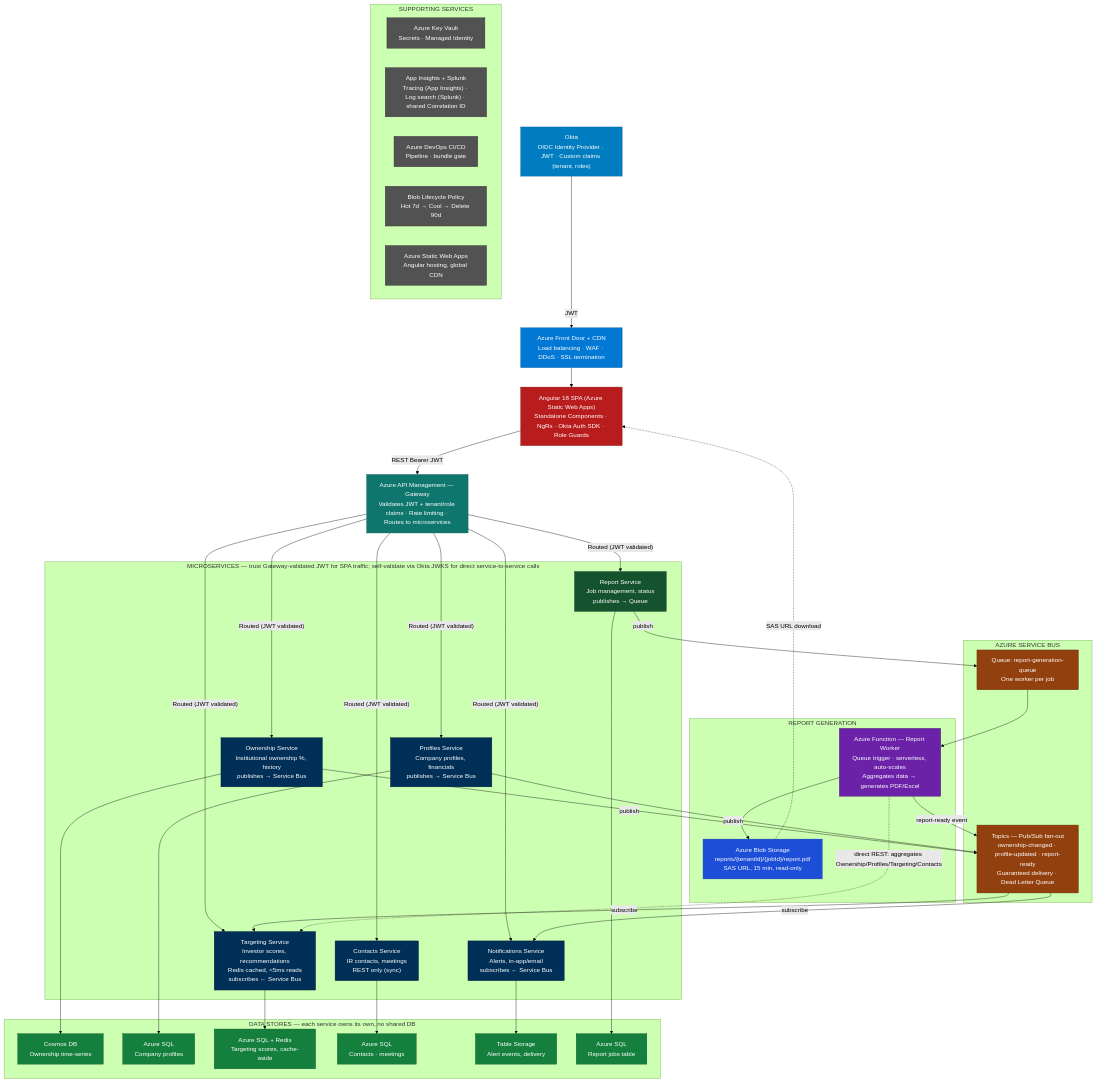
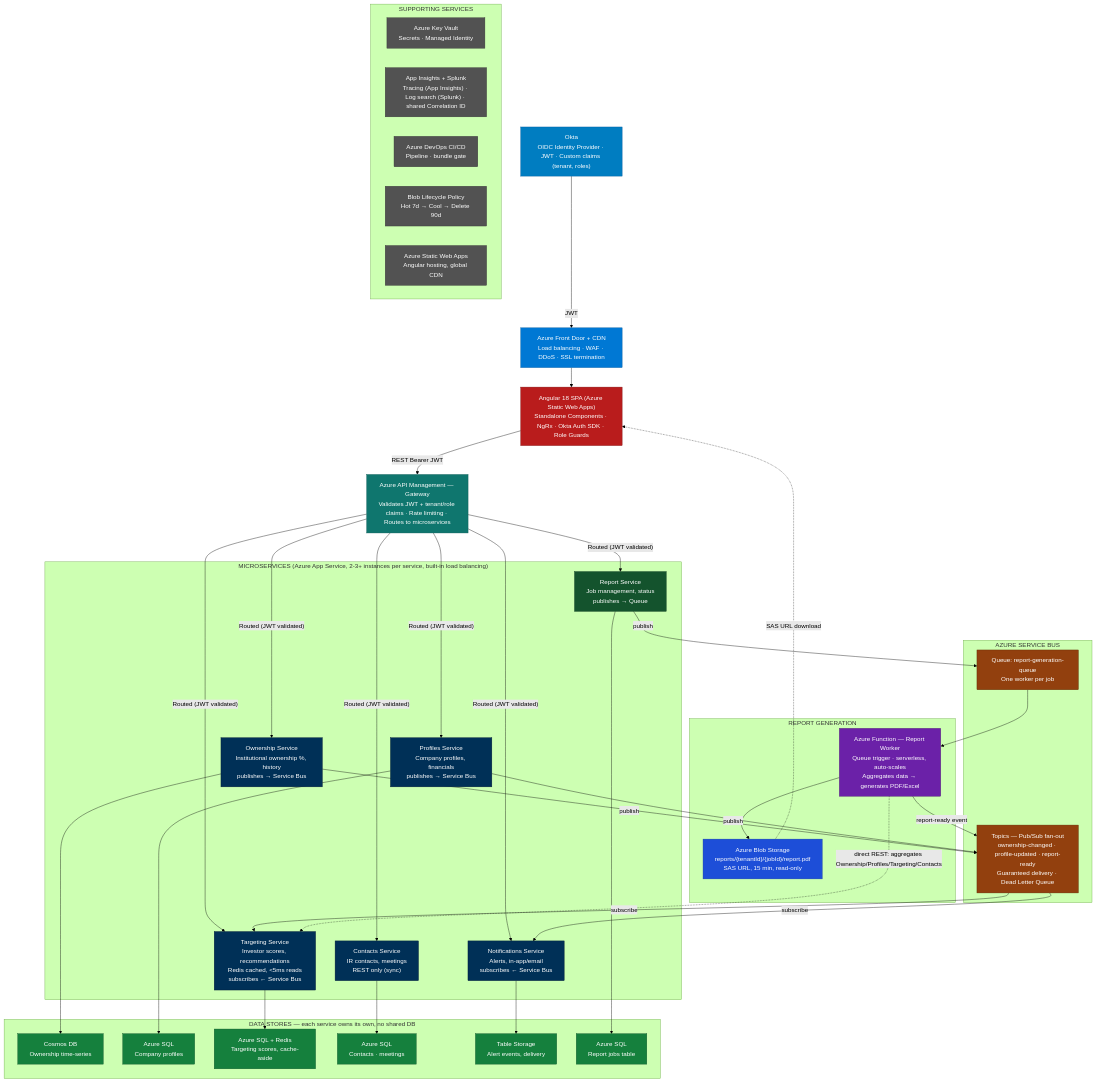
One commit to apoorv2009/interview-vault changed the diagram in capital-access-project/capital-access-interview-story.md. Above: the diagram before and after it, drawn with Mermaid (forest theme).

Commit message:
refactor: update microservices diagram to clarify App Service hosting
Changed MICROSERVICES subgraph label from abstract description to:
'MICROSERVICES (Azure App Service, 2-3+ instances per service, built-in load balancing)'

Makes it immediately clear from the diagram that services run on App Service
with automatic load balancing across instances.

```diff
--- a/capital-access-project/capital-access-interview-story.md
+++ b/capital-access-project/capital-access-interview-story.md
@@ -92,7 +92,7 @@
     SPA["Angular 18 SPA (Azure Static Web Apps)<br/>Standalone Components · NgRx · Okta Auth SDK · Role Guards"]
     GW["Azure API Management — Gateway<br/>Validates JWT + tenant/role claims · Rate limiting · Routes to microservices"]
 
-    subgraph MS["MICROSERVICES — trust Gateway-validated JWT for SPA traffic; self-validate via Okta JWKS for direct service-to-service calls"]
+    subgraph MS["MICROSERVICES (Azure App Service, 2-3+ instances per service, built-in load balancing)"]
         Own["Ownership Service<br/>Institutional ownership %, history<br/>publishes → Service Bus"]
         Prof["Profiles Service<br/>Company profiles, financials<br/>publishes → Service Bus"]
         Targ["Targeting Service<br/>Investor scores, recommendations<br/>Redis cached, &lt;5ms reads<br/>subscribes ← Service Bus"]
```
